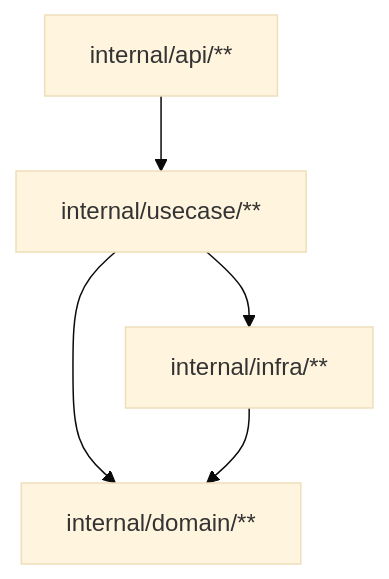
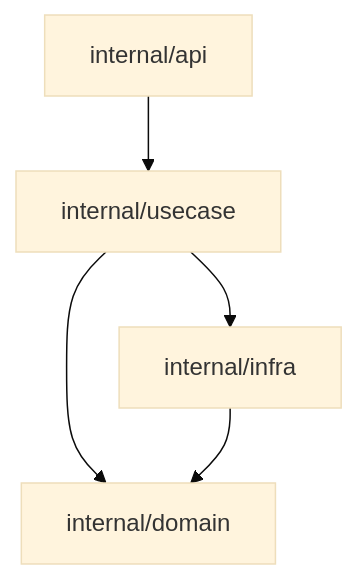
The diagram in docs/manual.md (dariushalipour/baft), drawn with Mermaid (base theme) before and after one commit. The commit also changed other lines of this file and 25 other files, not shown here.

````diff
--- a/docs/manual.md
+++ b/docs/manual.md
@@ -40,12 +40,12 @@
 ```mermaid
 flowchart TD
-  api["internal/api/**"]
-  usecase["internal/usecase/**"]:::endophobic
-  domain["internal/domain/**"]
-  infra["internal/infra/**"]
+  api["internal/api"]
+  usecase["internal/usecase"]:::endophobic
+  domain["internal/domain"]
+  infra["internal/infra"]
 
   api --> usecase
   usecase --> domain
   usecase --> infra
   infra --> domain
 ```
````
